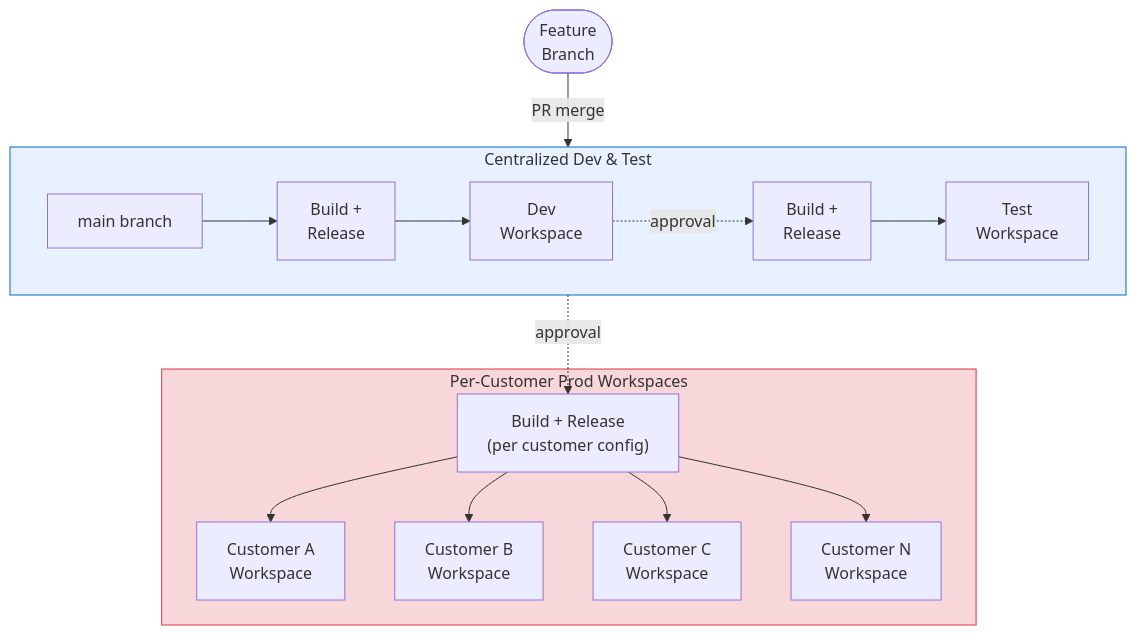
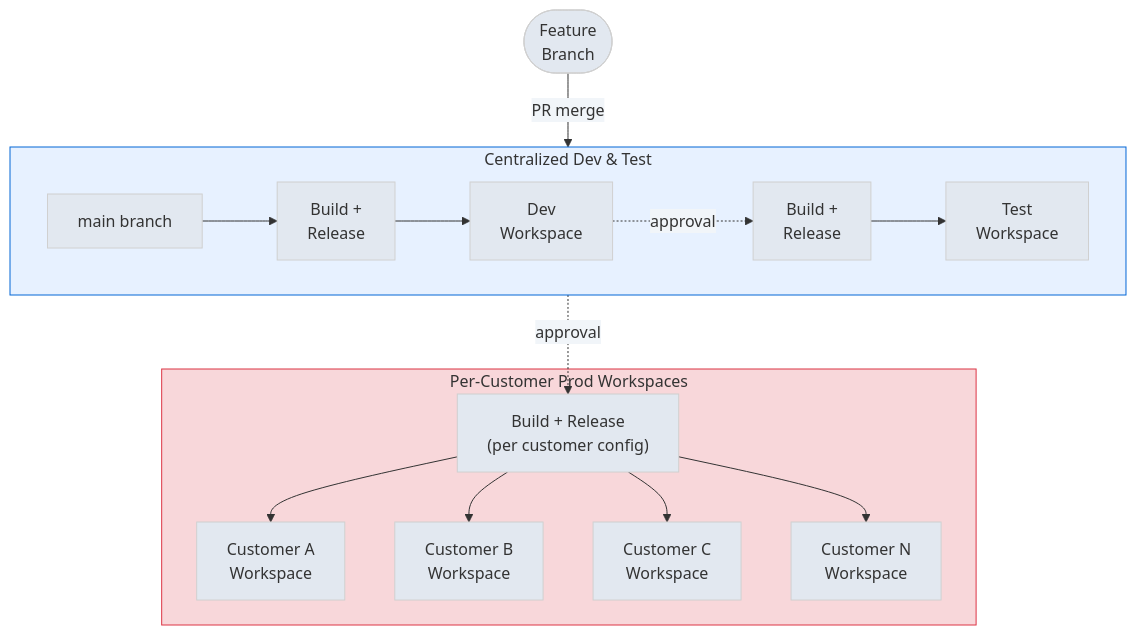
Before and after one commit to samueltauil/powerbi-git-demo: the seventh of 8 diagrams in README.md, drawn with Mermaid. The commit also changed other lines of this file, not shown here.

Commit message:
Force dark arrow colors in all Mermaid diagrams for readability

````diff
--- a/README.md
+++ b/README.md
@@ -255,24 +261,25 @@
 ```mermaid
+%%{init: {'theme':'base', 'themeVariables': {'lineColor':'#333333','primaryTextColor':'#333','secondaryTextColor':'#333','tertiaryTextColor':'#333','primaryColor':'#e2e8f0','secondaryColor':'#f1f5f9'}}}%%
 flowchart TD
     FB(["Feature<br/>Branch"]) -->|"PR merge"| MB["main branch"]
 
     subgraph central ["Centralized Dev & Test"]
         direction LR
         MB --> DEV_BUILD["Build +<br/>Release"]
         DEV_BUILD --> DW["Dev<br/>Workspace"]
         DW -.->|"approval"| TEST_BUILD["Build +<br/>Release"]
         TEST_BUILD --> TW["Test<br/>Workspace"]
     end
 
     TW -.->|"approval"| PROD_PIPE
 
     subgraph customers ["Per-Customer Prod Workspaces"]
         PROD_PIPE["Build + Release<br/>(per customer config)"] --> C1["Customer A<br/>Workspace"]
         PROD_PIPE --> C2["Customer B<br/>Workspace"]
         PROD_PIPE --> C3["Customer C<br/>Workspace"]
         PROD_PIPE --> CN["Customer N<br/>Workspace"]
     end
 
     style central fill:#e7f1ff,stroke:#0366d6,color:#333
     style customers fill:#f8d7da,stroke:#dc3545,color:#333
 ```
````
